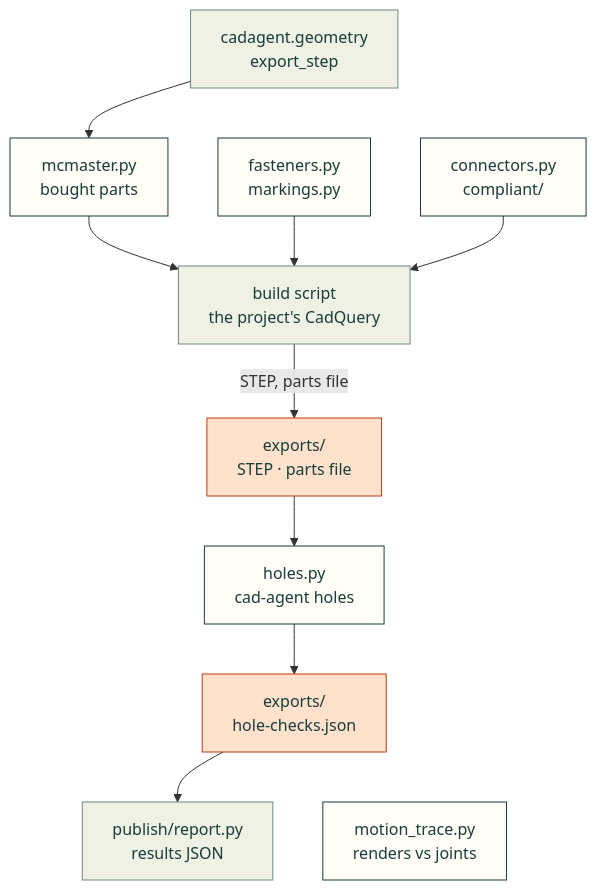
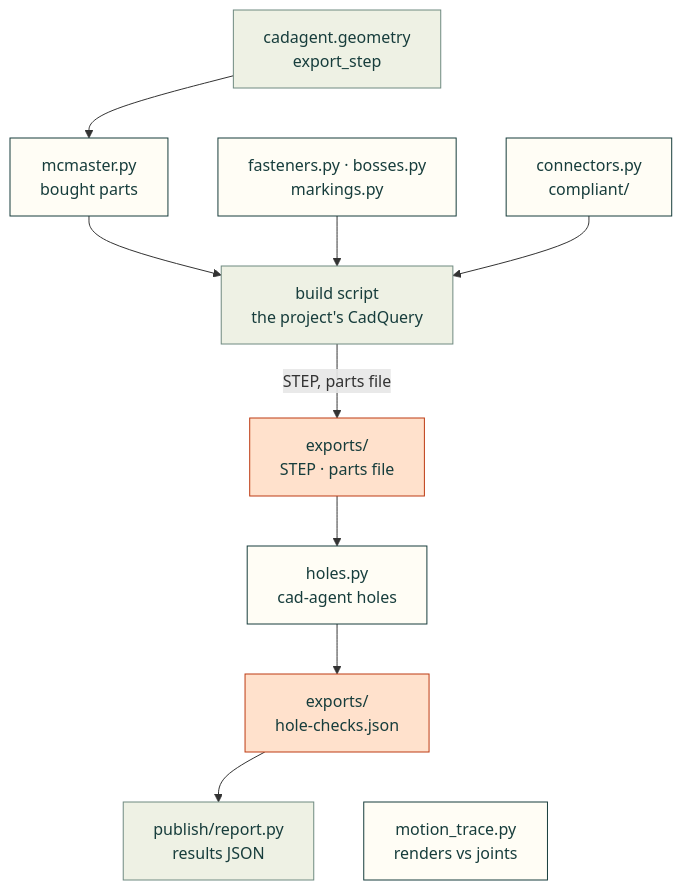
Before and after one commit to Valpatel/cad-agent: the diagram in src/cadagent/mechanical/README.md, drawn with Mermaid. The commit also changed other lines of this file and 11 other files, not shown here.

````diff
--- a/src/cadagent/mechanical/README.md
+++ b/src/cadagent/mechanical/README.md
@@ -12,18 +12,18 @@
 ```mermaid
 flowchart TD
     G["cadagent.geometry<br/>export_step"] --> MC["mcmaster.py<br/>bought parts"]
-    G ~~~ FK["fasteners.py<br/>markings.py"]
+    G ~~~ FK["fasteners.py · bosses.py<br/>markings.py"]
     G ~~~ CC["connectors.py<br/>compliant/"]
     MC & FK & CC --> B["build script<br/>the project's CadQuery"]
     B -->|"STEP, parts file"| X["exports/<br/>STEP · parts file"]
     X --> H["holes.py<br/>cad-agent holes"]
     H --> HJ["exports/<br/>hole-checks.json"]
     HJ --> R["publish/report.py<br/>results JSON"]
     HJ ~~~ MT["motion_trace.py<br/>renders vs joints"]
     classDef here fill:#fffdf5,stroke:#173d3c,color:#173d3c
     classDef near fill:#eef1e4,stroke:#6f8a80,color:#173d3c
     classDef out fill:#ffe1cc,stroke:#bd3a12,color:#173d3c
     class MC,FK,CC,H,MT here
     class G,B,R near
     class X,HJ out
 ```
````
